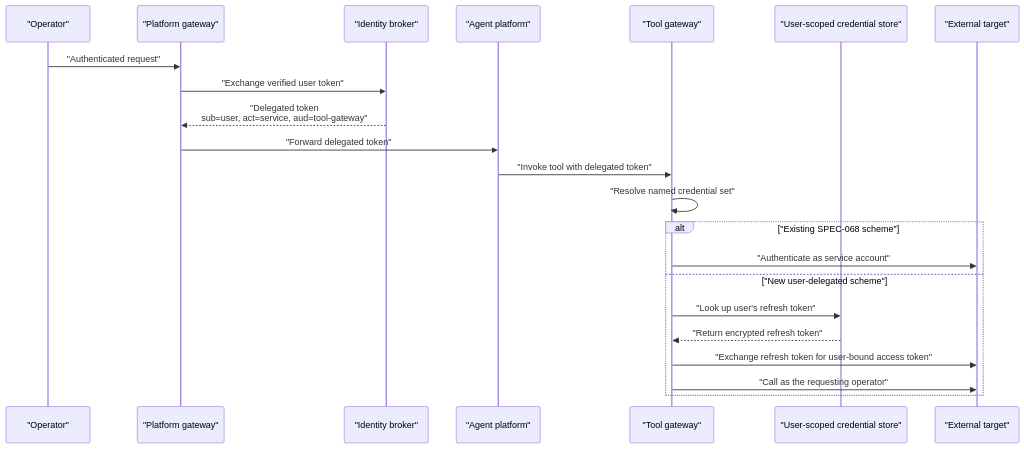
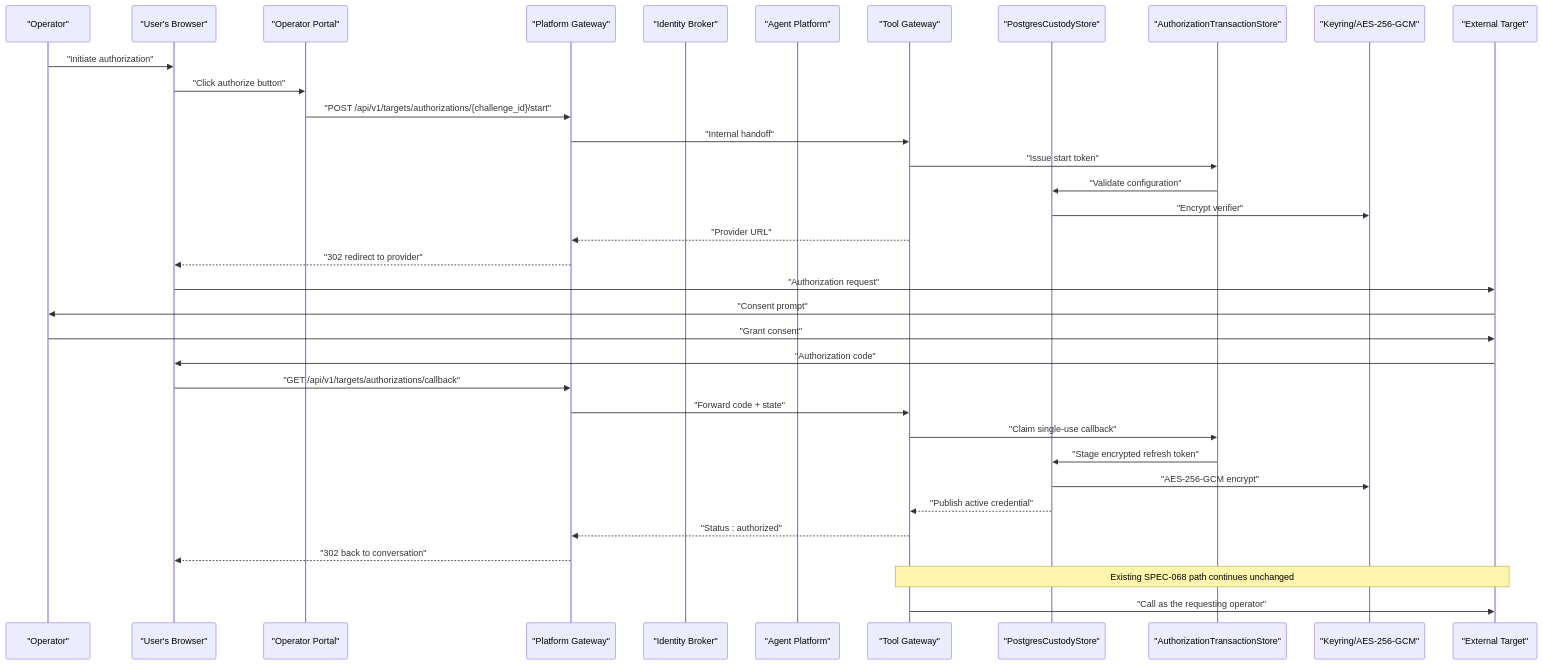
Before and after one commit to metasync/luban-aiops: the second of 9 diagrams in .qoder/repowiki/en/content/Shared Contracts/SPEC-070_ Outbound User-Delegated Identity.md, drawn with Mermaid. The commit also changed other lines of this file and 215 other files, not shown here.

````diff
--- a/.qoder/repowiki/en/content/Shared Contracts/SPEC-070_ Outbound User-Delegated Identity.md
+++ b/.qoder/repowiki/en/content/Shared Contracts/SPEC-070_ Outbound User-Delegated Identity.md
@@ -126,24 +149,37 @@
 ```mermaid
 sequenceDiagram
 participant Operator as "Operator"
-participant Gateway as "Platform gateway"
-participant Broker as "Identity broker"
-participant Agent as "Agent platform"
-participant ToolGW as "Tool gateway"
-participant Store as "User-scoped credential store"
-participant Target as "External target"
-Operator->>Gateway : "Authenticated request"
-Gateway->>Broker : "Exchange verified user token"
-Broker-->>Gateway : "Delegated token<br/>sub=user, act=service, aud=tool-gateway"
-Gateway->>Agent : "Forward delegated token"
-Agent->>ToolGW : "Invoke tool with delegated token"
-ToolGW->>ToolGW : "Resolve named credential set"
-alt "Existing SPEC-068 scheme"
-ToolGW->>Target : "Authenticate as service account"
-else "New user-delegated scheme"
-ToolGW->>Store : "Look up user's refresh token"
-Store-->>ToolGW : "Return encrypted refresh token"
-ToolGW->>Target : "Exchange refresh token for user-bound access token"
+participant Browser as "User's Browser"
+participant Portal as "Operator Portal"
+participant Platform as "Platform Gateway"
+participant Broker as "Identity Broker"
+participant Agent as "Agent Platform"
+participant ToolGW as "Tool Gateway"
+participant Custody as "PostgresCustodyStore"
+participant TxStore as "AuthorizationTransactionStore"
+participant Crypto as "Keyring/AES-256-GCM"
+participant Target as "External Target"
+Operator->>Browser : "Initiate authorization"
+Browser->>Portal : "Click authorize button"
+Portal->>Platform : "POST /api/v1/targets/authorizations/{challenge_id}/start"
+Platform->>ToolGW : "Internal handoff"
+ToolGW->>TxStore : "Issue start token"
+TxStore->>Custody : "Validate configuration"
+Custody->>Crypto : "Encrypt verifier"
+ToolGW-->>Platform : "Provider URL"
+Platform-->>Browser : "302 redirect to provider"
+Browser->>Target : "Authorization request"
+Target->>Operator : "Consent prompt"
+Operator->>Target : "Grant consent"
+Target->>Browser : "Authorization code"
+Browser->>Platform : "GET /api/v1/targets/authorizations/callback"
+Platform->>ToolGW : "Forward code + state"
+ToolGW->>TxStore : "Claim single-use callback"
+TxStore->>Custody : "Stage encrypted refresh token"
+Custody->>Crypto : "AES-256-GCM encrypt"
+Custody-->>ToolGW : "Publish active credential"
+ToolGW-->>Platform : "Status : authorized"
+Platform-->>Browser : "302 back to conversation"
+Note over ToolGW,Target : Existing SPEC-068 path continues unchanged
 ToolGW->>Target : "Call as the requesting operator"
-end
 ```
````
